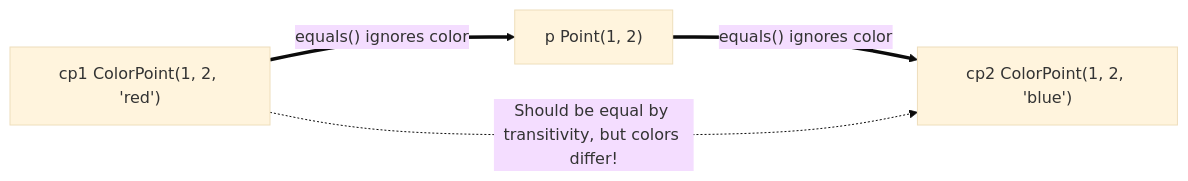
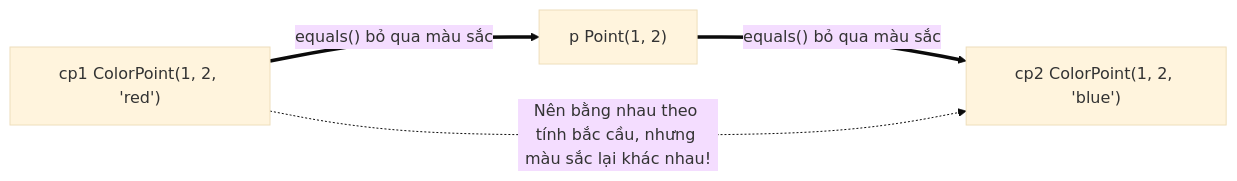
The first of 3 diagrams in vi/14-object-class/theory/02-contract-of-equals-concepts.md (PhuThien2005/theoretical-of-java-core), drawn with Mermaid (base theme) before and after one commit. The commit also changed other lines of this file and 229 other files, not shown here.

````diff
--- a/vi/14-object-class/theory/02-contract-of-equals-concepts.md
+++ b/vi/14-object-class/theory/02-contract-of-equals-concepts.md
@@ -68,9 +68,9 @@
 ```mermaid
 graph LR
     cp1["cp1 ColorPoint(1, 2, 'red')"]
     p["p Point(1, 2)"]
     cp2["cp2 ColorPoint(1, 2, 'blue')"]
-    cp1 == "equals() ignores color" ==> p
-    p == "equals() ignores color" ==> cp2
-    cp1 -. "Should be equal by transitivity, but colors differ!" .-> cp2
+    cp1 == "equals() bỏ qua màu sắc" ==> p
+    p == "equals() bỏ qua màu sắc" ==> cp2
+    cp1 -. "Nên bằng nhau theo tính bắc cầu, nhưng màu sắc lại khác nhau!" .-> cp2
 ```
````
